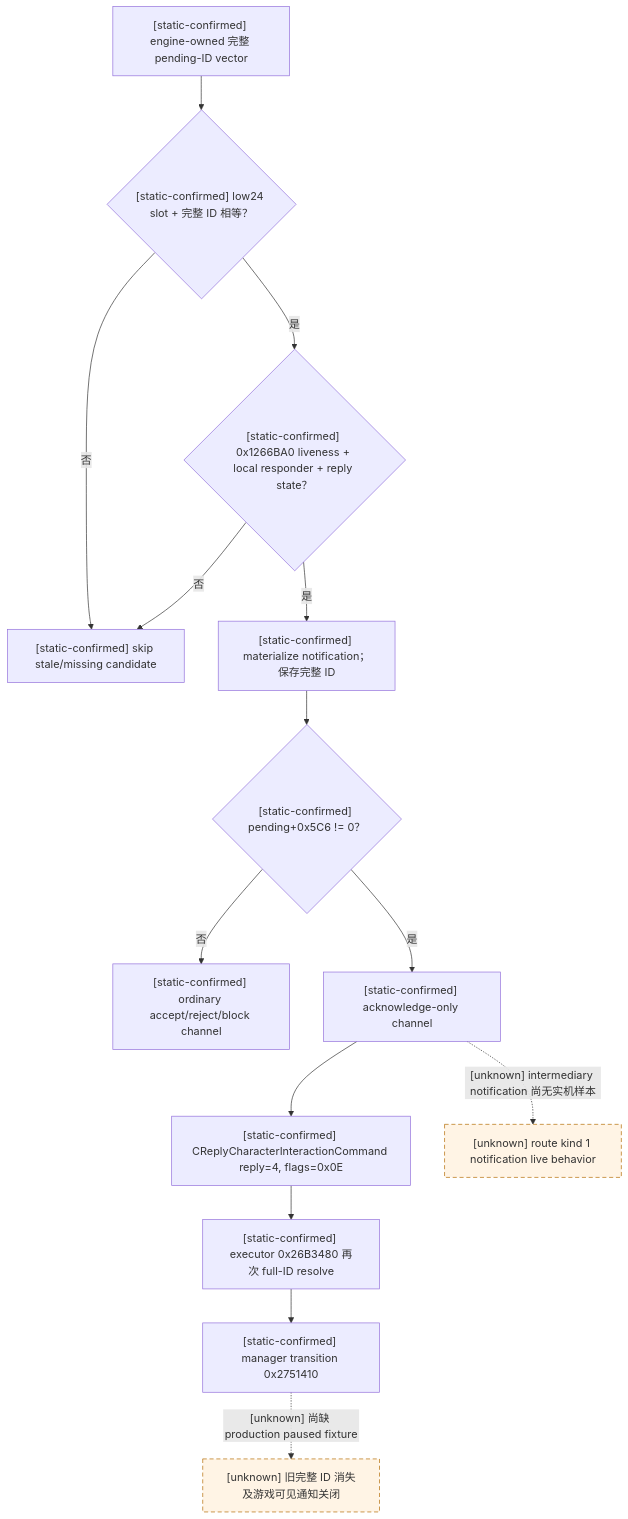
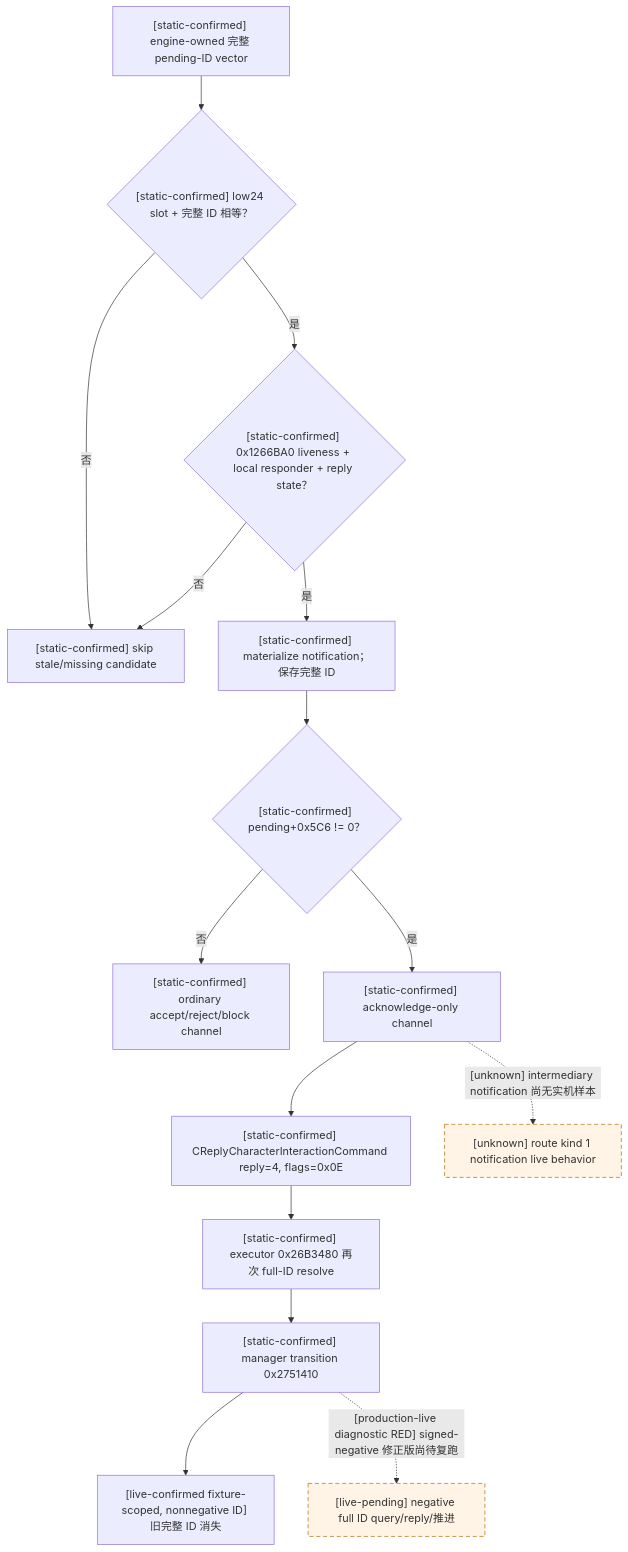
The first of 2 diagrams in docs/ck3-native-ai/interaction-notification-ack.md (XenoAmess/ck3_eternal_recurrence), drawn with Mermaid before and after one commit. The commit also changed other lines of this file and 22 other files, not shown here.

Commit message:
Support signed pending interaction IDs

````diff
--- a/docs/ck3-native-ai/interaction-notification-ack.md
+++ b/docs/ck3-native-ai/interaction-notification-ack.md
@@ -48,18 +54,19 @@
 ```mermaid
 flowchart TD
     V["[static-confirmed] engine-owned 完整 pending-ID vector"] --> G{"[static-confirmed] low24 slot + 完整 ID 相等？"}
     G -->|否| S["[static-confirmed] skip stale/missing candidate"]
     G -->|是| R{"[static-confirmed] 0x1266BA0 liveness + local responder + reply state？"}
     R -->|否| S
     R -->|是| M["[static-confirmed] materialize notification；保存完整 ID"]
     M --> F{"[static-confirmed] pending+0x5C6 != 0？"}
     F -->|否| O["[static-confirmed] ordinary accept/reject/block channel"]
     F -->|是| A["[static-confirmed] acknowledge-only channel"]
     A --> C["[static-confirmed] CReplyCharacterInteractionCommand reply=4, flags=0x0E"]
     C --> E["[static-confirmed] executor 0x26B3480 再次 full-ID resolve"]
     E --> T["[static-confirmed] manager transition 0x2751410"]
-    T -. "[unknown] 尚缺 production paused fixture" .-> P["[unknown] 旧完整 ID 消失及游戏可见通知关闭"]
+    T --> P["[live-confirmed fixture-scoped, nonnegative ID] 旧完整 ID 消失"]
+    T -. "[production-live diagnostic RED] signed-negative 修正版尚待复跑" .-> N["[live-pending] negative full ID query/reply/推进"]
     A -. "[unknown] intermediary notification 尚无实机样本" .-> I["[unknown] route kind 1 notification live behavior"]
     classDef unknown stroke-dasharray: 6 4,fill:#fff4e5,stroke:#b36b00;
-    class P,I unknown;
+    class N,I unknown;
 ```
````
